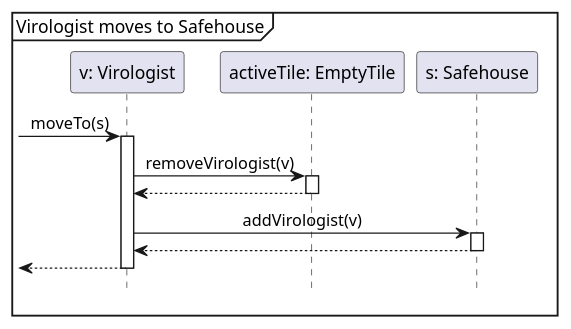
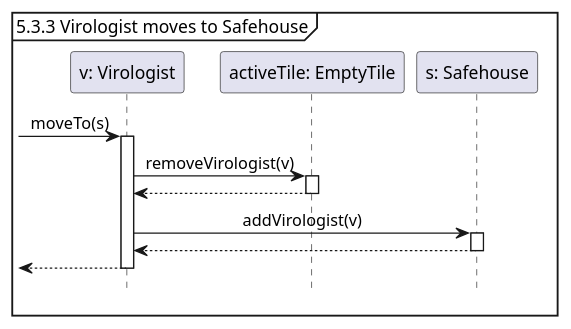
Before and after one commit to Tschonti/503-service-unavailable: the diagram in docs/testCases/sequences/moveToSafehouse.puml, drawn with PlantUML. The commit also changed 3 other files, not shown here.

Commit message:
move seq diagram counting

```diff
--- a/docs/testCases/sequences/moveToSafehouse.puml
+++ b/docs/testCases/sequences/moveToSafehouse.puml
@@ -1,18 +1,18 @@
 @startuml
 'https://plantuml.com/sequence-diagram
 hide footbox
 skinparam sequenceMessageAlign center
 
-mainframe Virologist moves to Safehouse
+mainframe 5.3.3 Virologist moves to Safehouse
 
 participant "v: Virologist" as v
 participant "activeTile: EmptyTile" as t1
 participant "s: Safehouse" as s
 
 -> v ++: moveTo(s)
     v -> t1 ++ : removeVirologist(v)
     return
     v -> s ++ : addVirologist(v)
     return
 return
 @enduml
```
